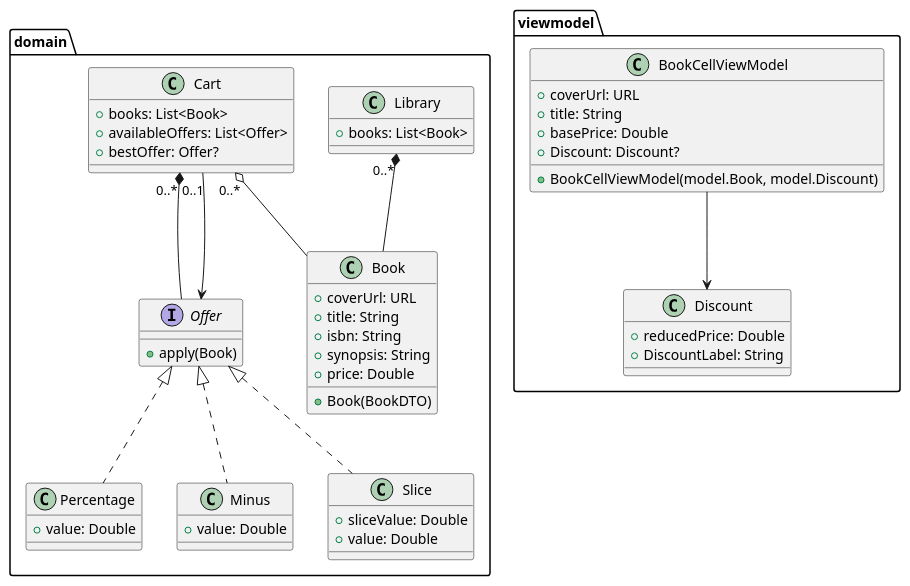
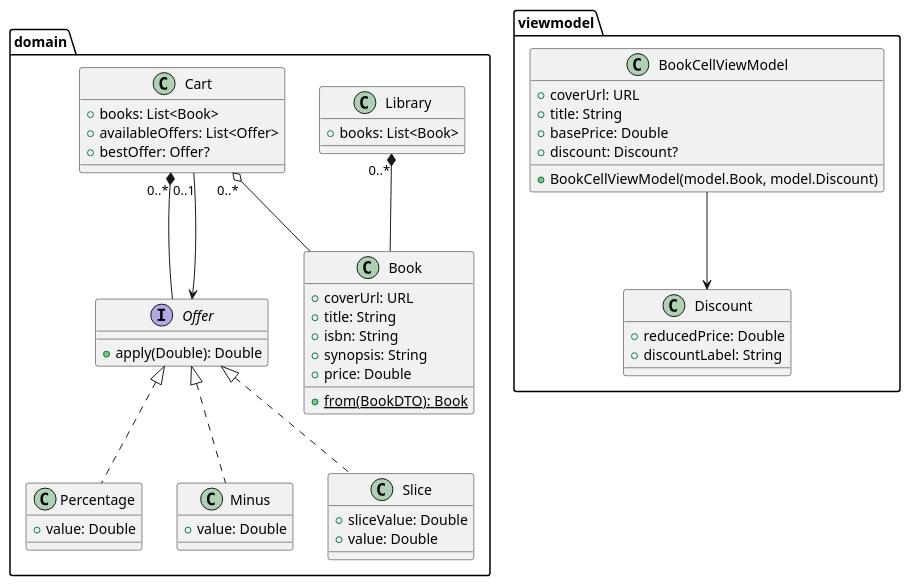
The diagram in model.plantuml (IMT-Atlantique-FIL-2020-2023/henri-potech), drawn with PlantUML before and after one commit. The commit also changed 8 other files, not shown here.

```diff
--- a/model.plantuml
+++ b/model.plantuml
@@ -1,60 +1,61 @@
 @startuml Henri Potech Domain Models
 
 package domain {
   class Book {
     + coverUrl: URL
     + title: String
     + isbn: String
     + synopsis: String
     + price: Double
-    + Book(BookDTO)
+'    + Book(BookDTO)
+    + {static} from(BookDTO): Book
   }
 
   class Library {
     + books: List<Book>
   }
   Library "0..*" *-- Book
 
   interface Offer {
-    + apply(Book)
+    + apply(Double): Double
   }
   '{"type":"percentage","value":4}
   class Percentage implements Offer {
     + value: Double
   }
   '{"type":"minus","value":15}
   class Minus implements Offer {
     + value: Double
   }
   '{"type":"slice","sliceValue":100,"value":12}
   class Slice implements Offer {
     + sliceValue: Double
     + value: Double
   }
 
   class Cart {
     + books: List<Book>
     + availableOffers: List<Offer>
     + bestOffer: Offer?
   }
   Cart "0..*" o-- Book
   Cart "0..*" *-- Offer
   Cart "0..1" --> Offer
 }
 
 package viewmodel {
   class viewmodel.Discount {
     + reducedPrice: Double
-    + DiscountLabel: String
+    + discountLabel: String
   }
   class BookCellViewModel {
     + coverUrl: URL
     + title: String
     + basePrice: Double
-    + Discount: Discount?
+    + discount: Discount?
     + BookCellViewModel(model.Book, model.Discount)
   }
   BookCellViewModel --> Discount
 }
 
 @enduml
```
